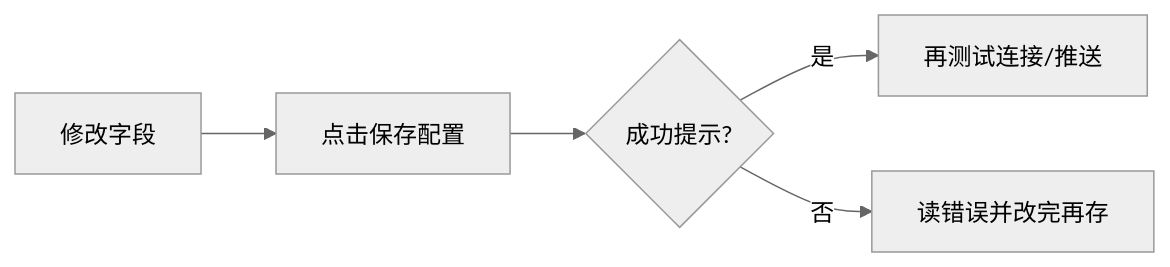
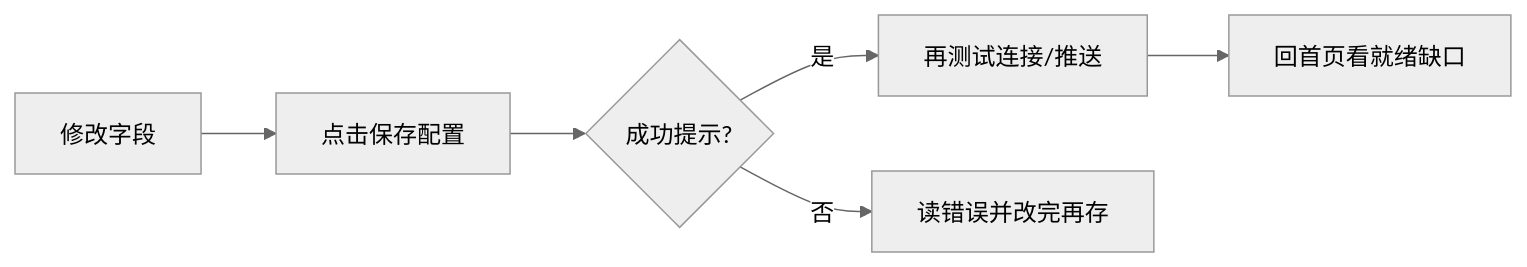
One commit to SiinXu/stock-pulse-ai changed the second of 6 diagrams in docs/ui-manual/10-settings.md. Above: the diagram before and after it, drawn with Mermaid (neutral theme). The commit also changed other lines of this file and 73 other files, not shown here.

First line of the commit message:
docs(ui-manual): deepen modules with scenarios, tone pass, and figure placeholders

````diff
--- a/docs/ui-manual/10-settings.md
+++ b/docs/ui-manual/10-settings.md
@@ -34,7 +86,8 @@
 ```mermaid
 flowchart LR
   A[修改字段] --> B[点击保存配置]
   B --> C{成功提示?}
   C -->|是| D[再测试连接/推送]
   C -->|否| E[读错误并改完再存]
+  D --> F[回首页看就绪缺口]
 ```
````
